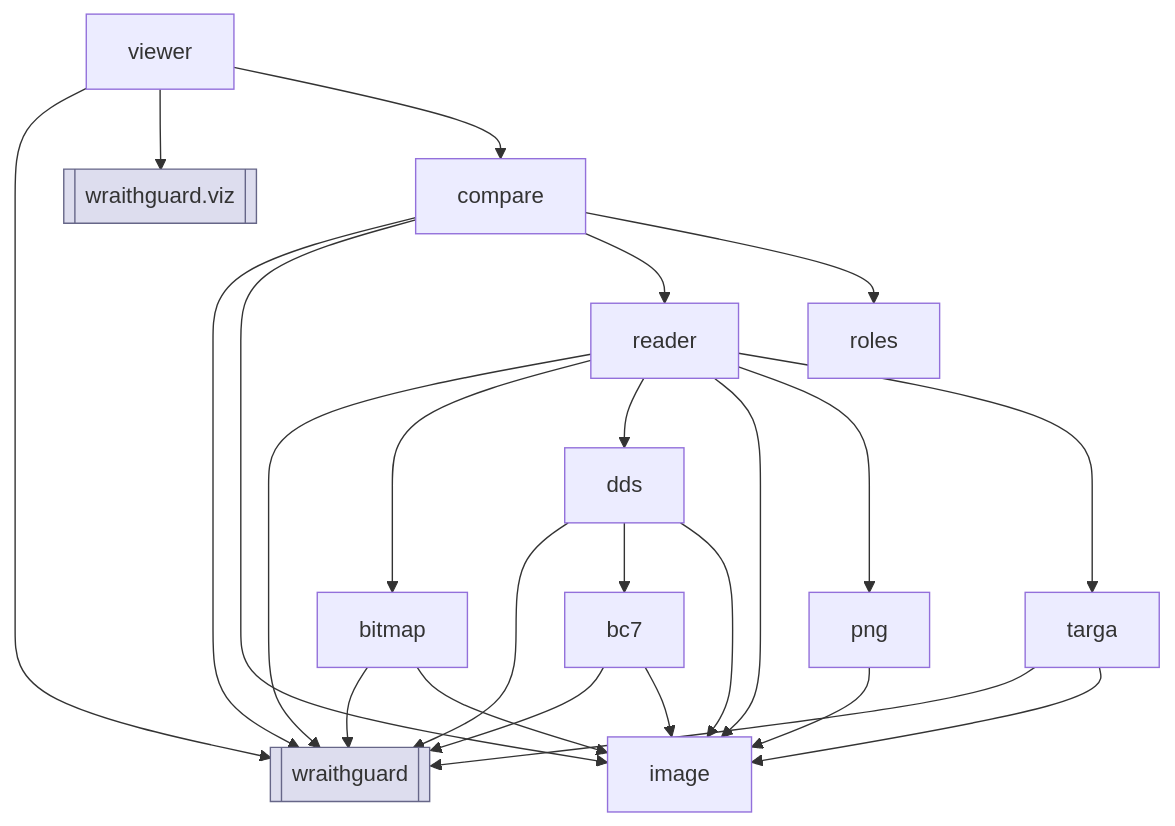
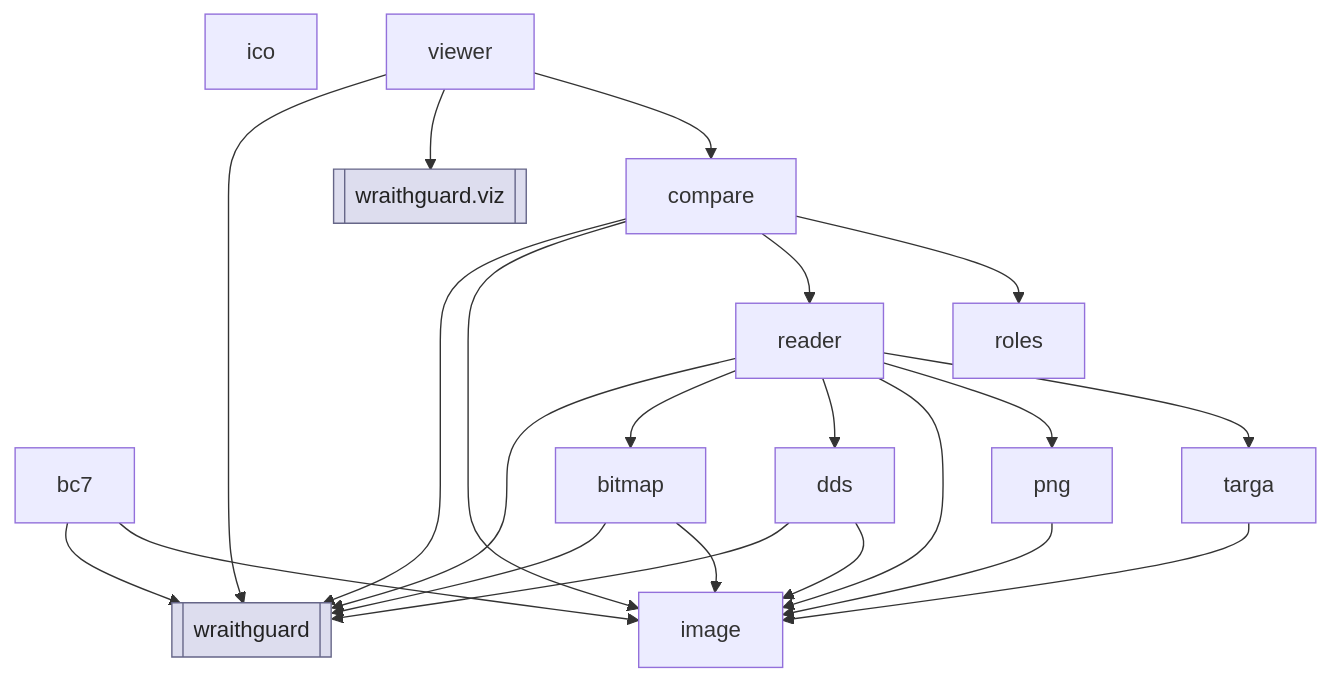
One commit to staticnation/WraithguardToolkit changed diagram 11 of 23 in art/AST-classes.md. Above: the diagram before and after it, drawn with Mermaid. The commit also changed other lines of this file and 25 other files, not shown here.

````diff
--- a/art/AST-classes.md
+++ b/art/AST-classes.md
@@ -438,39 +1034,38 @@
 ```mermaid
 flowchart TD
   n_wraithguard_images_bc7["bc7"]
   n_wraithguard_images_bitmap["bitmap"]
   n_wraithguard_images_compare["compare"]
   n_wraithguard_images_dds["dds"]
+  n_wraithguard_images_ico["ico"]
   n_wraithguard_images_image["image"]
   n_wraithguard_images_png["png"]
   n_wraithguard_images_reader["reader"]
   n_wraithguard_images_roles["roles"]
   n_wraithguard_images_targa["targa"]
   n_wraithguard_images_viewer["viewer"]
   n_PKG_wraithguard[["wraithguard"]]:::pkglink
   n_wraithguard_images_bc7 --> n_PKG_wraithguard
   n_wraithguard_images_bc7 --> n_wraithguard_images_image
   n_wraithguard_images_bitmap --> n_PKG_wraithguard
   n_wraithguard_images_bitmap --> n_wraithguard_images_image
   n_wraithguard_images_compare --> n_PKG_wraithguard
   n_wraithguard_images_compare --> n_wraithguard_images_image
   n_wraithguard_images_compare --> n_wraithguard_images_reader
   n_wraithguard_images_compare --> n_wraithguard_images_roles
   n_wraithguard_images_dds --> n_PKG_wraithguard
-  n_wraithguard_images_dds --> n_wraithguard_images_bc7
   n_wraithguard_images_dds --> n_wraithguard_images_image
   n_wraithguard_images_png --> n_wraithguard_images_image
   n_wraithguard_images_reader --> n_PKG_wraithguard
   n_wraithguard_images_reader --> n_wraithguard_images_bitmap
   n_wraithguard_images_reader --> n_wraithguard_images_dds
   n_wraithguard_images_reader --> n_wraithguard_images_image
   n_wraithguard_images_reader --> n_wraithguard_images_png
   n_wraithguard_images_reader --> n_wraithguard_images_targa
-  n_wraithguard_images_targa --> n_PKG_wraithguard
   n_wraithguard_images_targa --> n_wraithguard_images_image
   n_wraithguard_images_viewer --> n_PKG_wraithguard
   n_PKG_wraithguard_viz[["wraithguard.viz"]]:::pkglink
   n_wraithguard_images_viewer --> n_PKG_wraithguard_viz
   n_wraithguard_images_viewer --> n_wraithguard_images_compare
-  classDef pkglink fill:#dde,stroke:#668
+  classDef pkglink fill:#dde,stroke:#668,color:#222
 ```
````
